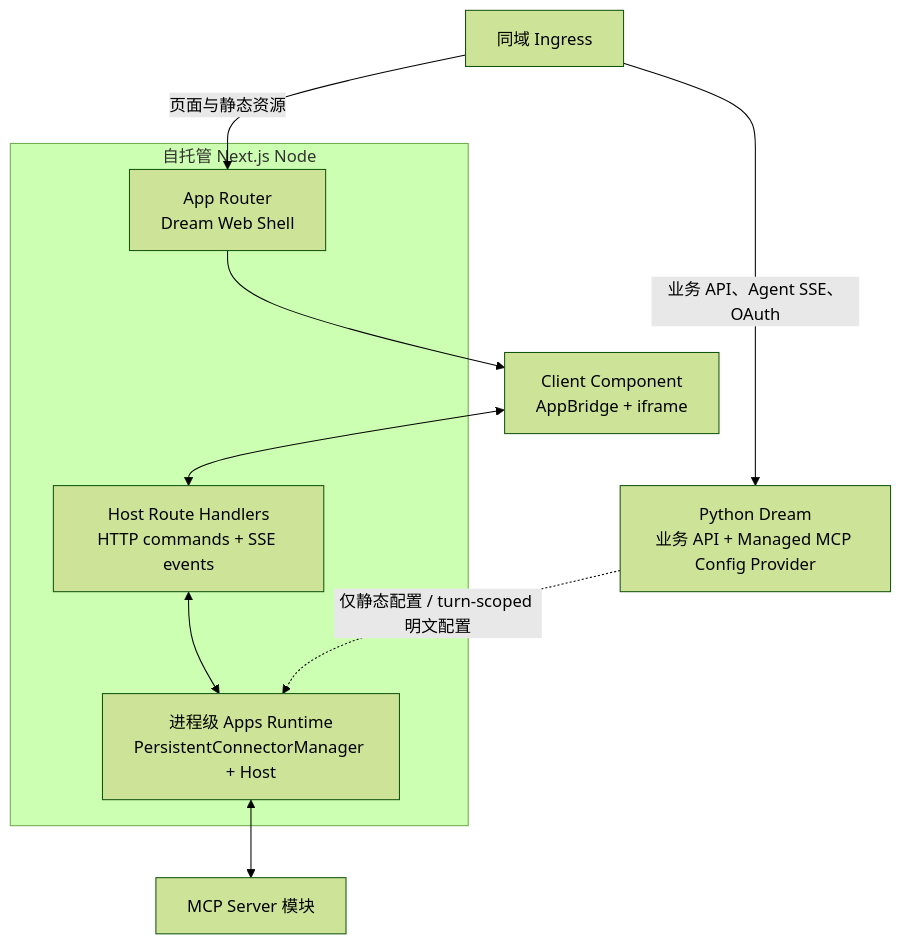
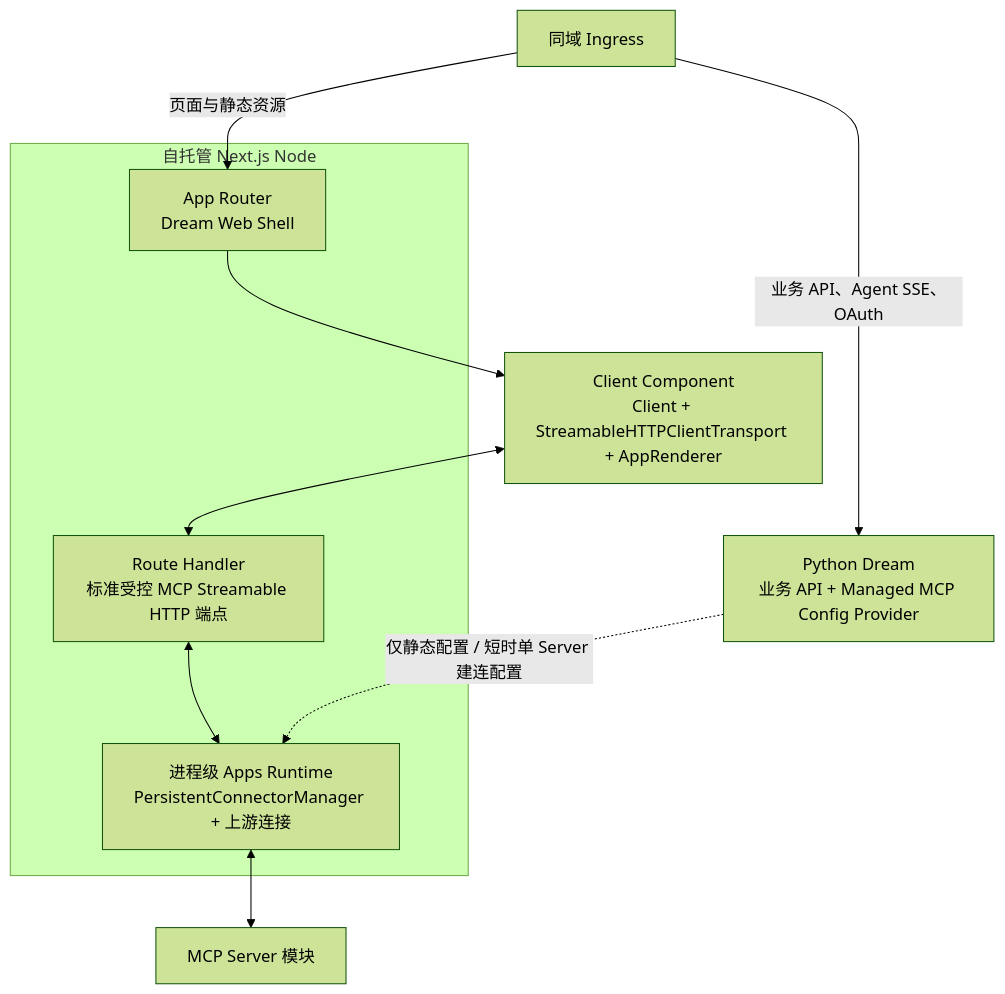
One commit to glide-the/im-dream changed the second of 2 diagrams in docs/design/claude-agent/dream-frontend-node-framework-migration-assessment.md. Above: the diagram before and after it, drawn with Mermaid (forest theme). The commit also changed other lines of this file and 7 other files, not shown here.

Commit message:
docs: converge MCP Apps host design

````diff
--- a/docs/design/claude-agent/dream-frontend-node-framework-migration-assessment.md
+++ b/docs/design/claude-agent/dream-frontend-node-framework-migration-assessment.md
@@ -197,20 +200,20 @@
 ```mermaid
 flowchart TB
     INGRESS["同域 Ingress"]
     subgraph NEXT["自托管 Next.js Node"]
         WEB["App Router<br/>Dream Web Shell"]
-        API["Host Route Handlers<br/>HTTP commands + SSE events"]
-        NODE["进程级 Apps Runtime<br/>PersistentConnectorManager + Host"]
+        API["Route Handler<br/>标准受控 MCP Streamable HTTP 端点"]
+        NODE["进程级 Apps Runtime<br/>PersistentConnectorManager + 上游连接"]
         API <--> NODE
     end
-    BROWSER["Client Component<br/>AppBridge + iframe"]
+    BROWSER["Client Component<br/>Client + StreamableHTTPClientTransport + AppRenderer"]
     PY["Python Dream<br/>业务 API + Managed MCP Config Provider"]
     MCP["MCP Server 模块"]
 
     INGRESS -->|"页面与静态资源"| WEB
     WEB --> BROWSER
     BROWSER <--> API
     INGRESS -->|"业务 API、Agent SSE、OAuth"| PY
-    PY -."仅静态配置 / turn-scoped 明文配置".-> NODE
+    PY -."仅静态配置 / 短时单 Server 建连配置".-> NODE
     NODE <--> MCP
 ```
````
